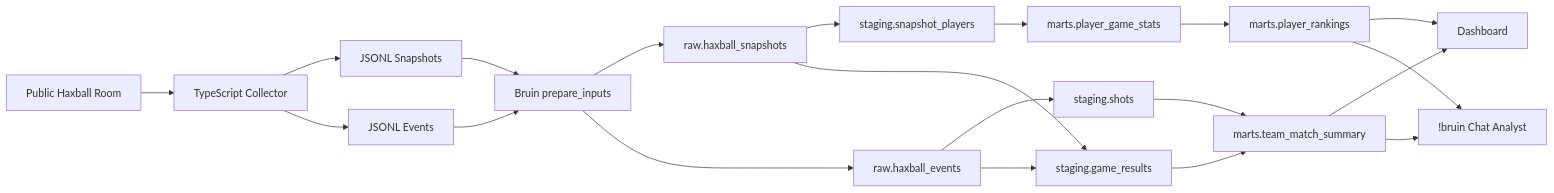
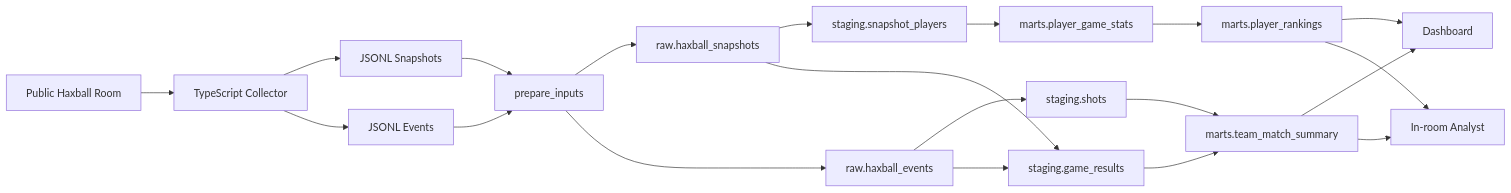
The first of 2 diagrams in README.md (denizardaslan/haxball_analytics), drawn with Mermaid before and after one commit. The commit also changed other lines of this file, not shown here.

````diff
--- a/README.md
+++ b/README.md
@@ -39,22 +39,22 @@
 ```mermaid
 flowchart LR
   A["Public Haxball Room"] --> B["TypeScript Collector"]
   B --> C["JSONL Snapshots"]
   B --> D["JSONL Events"]
-  C --> E["Bruin prepare_inputs"]
+  C --> E["prepare_inputs"]
   D --> E
   E --> F["raw.haxball_snapshots"]
   E --> G["raw.haxball_events"]
   F --> H["staging.snapshot_players"]
   G --> I["staging.shots"]
   F --> J["staging.game_results"]
   G --> J
   H --> K["marts.player_game_stats"]
   I --> L["marts.team_match_summary"]
   J --> L
   K --> M["marts.player_rankings"]
   M --> N["Dashboard"]
   L --> N
-  M --> O["!bruin Chat Analyst"]
+  M --> O["In-room Analyst"]
   L --> O
 ```
````
